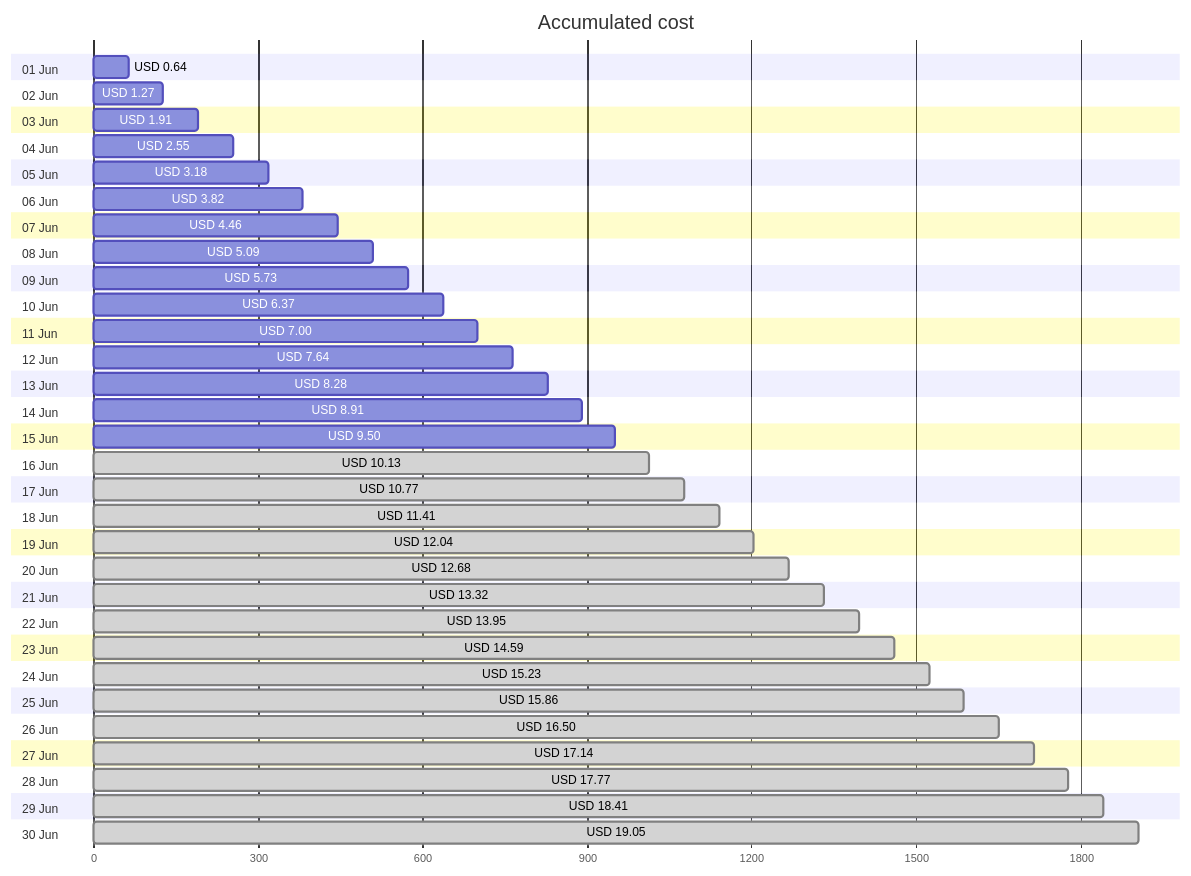
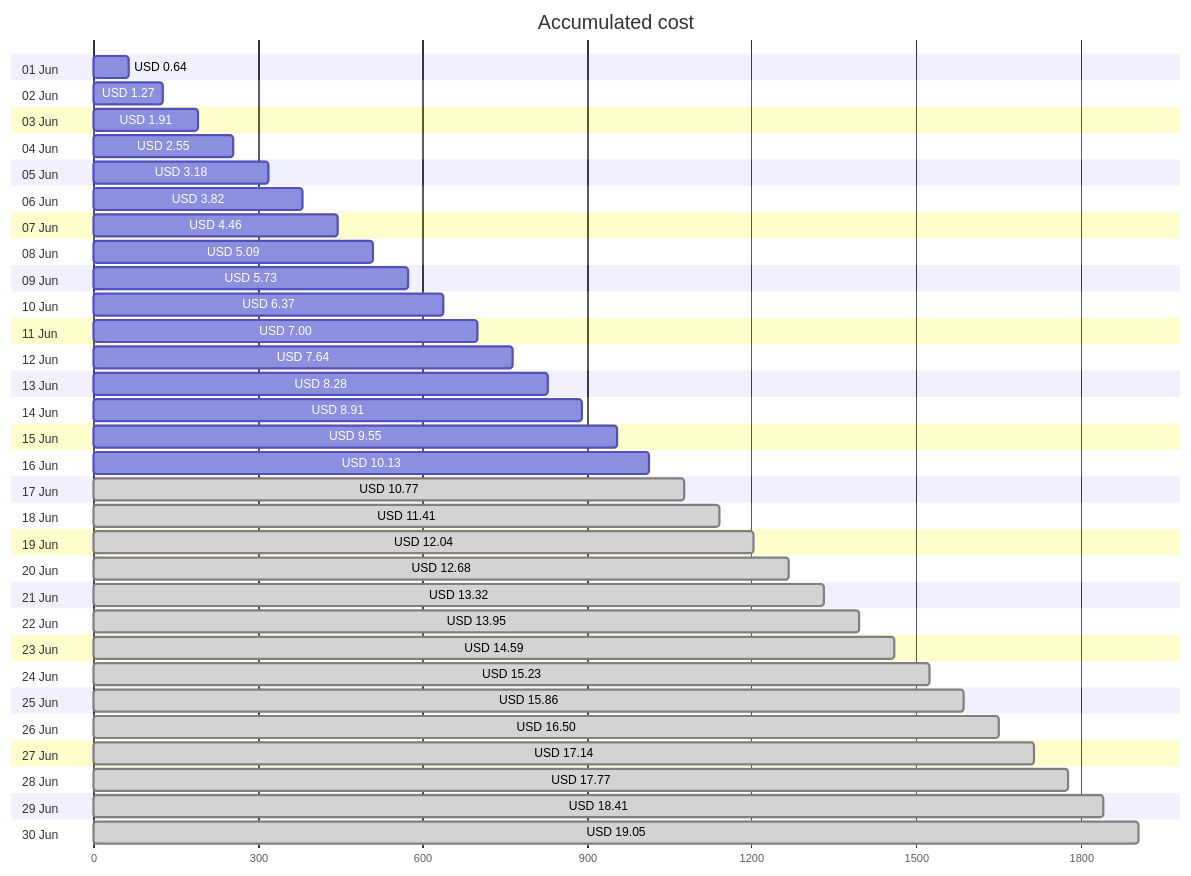
Before and after one commit to jpfulton/azure-personal-reports: the first of 4 diagrams in cost-reports/accumulated-cost.md, drawn with Mermaid. The commit also changed other lines of this file and 4 other files, not shown here.

````diff
--- a/cost-reports/accumulated-cost.md
+++ b/cost-reports/accumulated-cost.md
@@ -20,66 +20,66 @@
 ```mermaid
 gantt
    title Accumulated cost
    dateFormat  X
    axisFormat %s
    section 01 Jun
    USD 0.64 :0, 64
    section 02 Jun
    USD 1.27 :0, 127
    section 03 Jun
    USD 1.91 :0, 191
    section 04 Jun
    USD 2.55 :0, 255
    section 05 Jun
    USD 3.18 :0, 318
    section 06 Jun
    USD 3.82 :0, 382
    section 07 Jun
    USD 4.46 :0, 446
    section 08 Jun
    USD 5.09 :0, 509
    section 09 Jun
    USD 5.73 :0, 573
    section 10 Jun
    USD 6.37 :0, 637
    section 11 Jun
    USD 7.00 :0, 700
    section 12 Jun
    USD 7.64 :0, 764
    section 13 Jun
    USD 8.28 :0, 828
    section 14 Jun
    USD 8.91 :0, 891
    section 15 Jun
-   USD 9.50 :0, 950
+   USD 9.55 :0, 955
    section 16 Jun
-   USD 10.13 : done, 0, 1013
+   USD 10.13 :0, 1013
    section 17 Jun
    USD 10.77 : done, 0, 1077
    section 18 Jun
    USD 11.41 : done, 0, 1141
    section 19 Jun
    USD 12.04 : done, 0, 1204
    section 20 Jun
    USD 12.68 : done, 0, 1268
    section 21 Jun
    USD 13.32 : done, 0, 1332
    section 22 Jun
    USD 13.95 : done, 0, 1395
    section 23 Jun
    USD 14.59 : done, 0, 1459
    section 24 Jun
    USD 15.23 : done, 0, 1523
    section 25 Jun
    USD 15.86 : done, 0, 1586
    section 26 Jun
    USD 16.50 : done, 0, 1650
    section 27 Jun
    USD 17.14 : done, 0, 1714
    section 28 Jun
    USD 17.77 : done, 0, 1777
    section 29 Jun
    USD 18.41 : done, 0, 1841
    section 30 Jun
    USD 19.05 : done, 0, 1905
 ```
````
